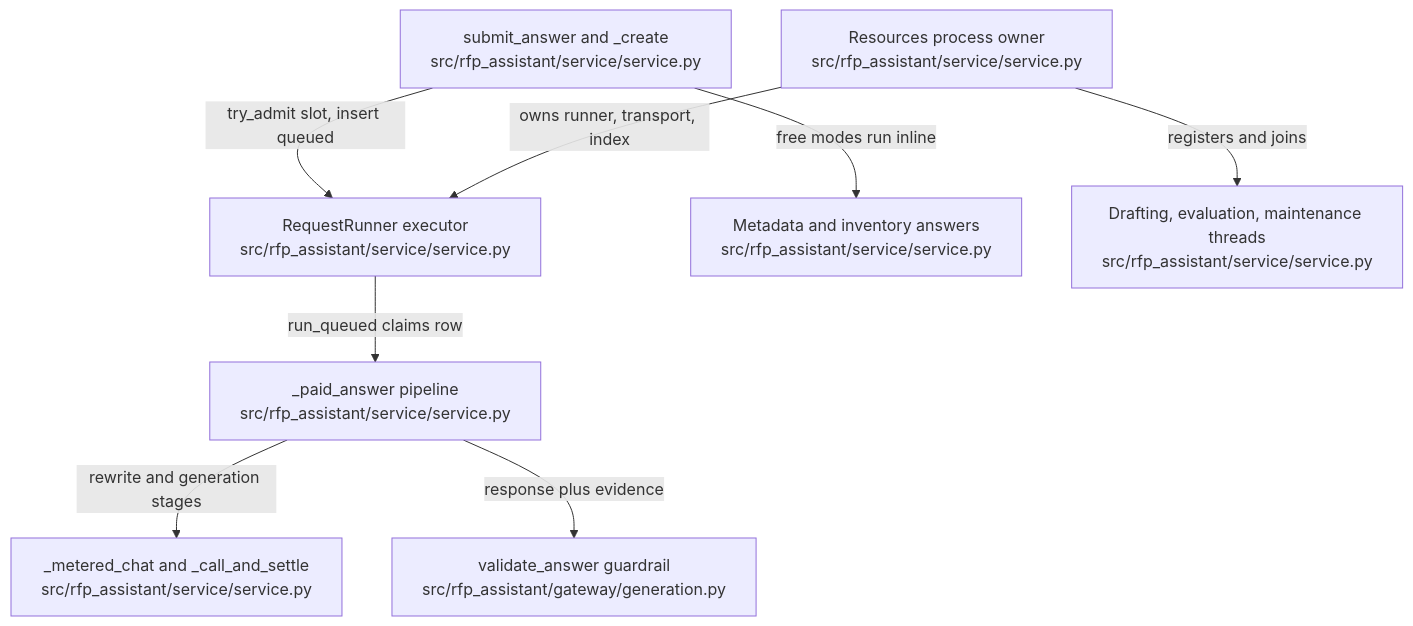
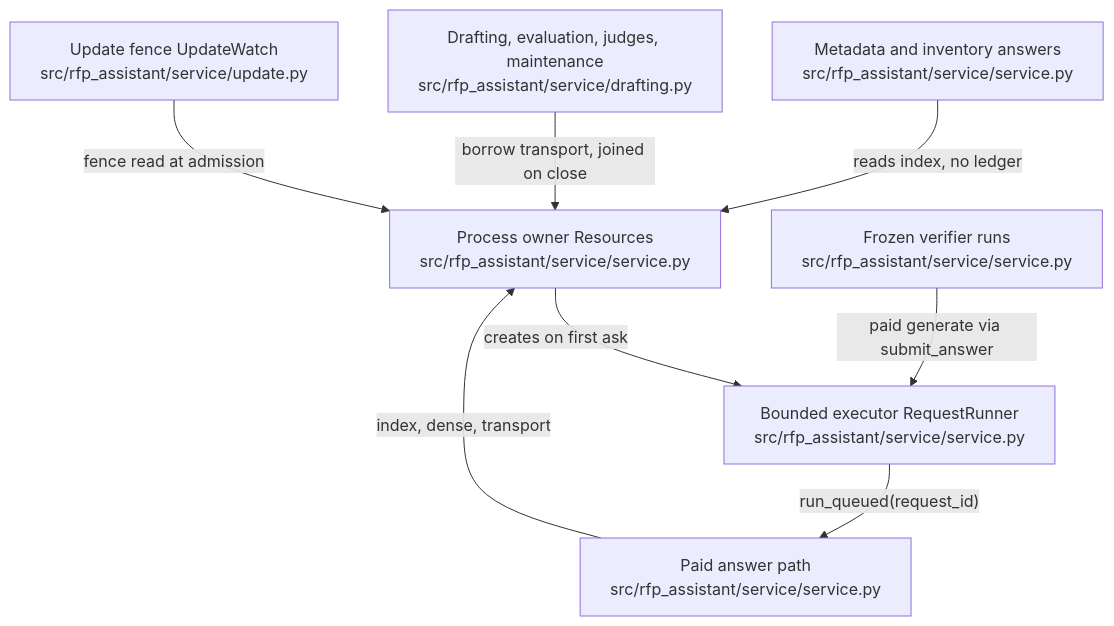
The diagram in .omm/overall-architecture/service-core/diagram.mmd (littleeeeebit/project-codeit-mid), drawn with Mermaid before and after one commit. The commit also changed 398 other files, not shown here.

```diff
--- a/.omm/overall-architecture/service-core/diagram.mmd
+++ b/.omm/overall-architecture/service-core/diagram.mmd
@@ -1,16 +1,8 @@
 graph TD
-  resources-owner["Resources process owner\nsrc/rfp_assistant/service/service.py"]
-  submit-answer["submit_answer and _create\nsrc/rfp_assistant/service/service.py"]
-  request-runner["RequestRunner executor\nsrc/rfp_assistant/service/service.py"]
-  paid-answer["_paid_answer pipeline\nsrc/rfp_assistant/service/service.py"]
-  metered-chat["_metered_chat and _call_and_settle\nsrc/rfp_assistant/service/service.py"]
-  answer-validation["validate_answer guardrail\nsrc/rfp_assistant/gateway/generation.py"]
-  free-modes["Metadata and inventory answers\nsrc/rfp_assistant/service/service.py"]
-  background-jobs["Drafting, evaluation, maintenance threads\nsrc/rfp_assistant/service/service.py"]
-  submit-answer -->|"try_admit slot, insert queued"| request-runner
-  submit-answer -->|"free modes run inline"| free-modes
-  request-runner -->|"run_queued claims row"| paid-answer
-  paid-answer -->|"rewrite and generation stages"| metered-chat
-  paid-answer -->|"response plus evidence"| answer-validation
-  resources-owner -->|"owns runner, transport, index"| request-runner
-  resources-owner -->|"registers and joins"| background-jobs
+  resources-owner["Process owner Resources\nsrc/rfp_assistant/service/service.py"] -->|"creates on first ask"| request-runner["Bounded executor RequestRunner\nsrc/rfp_assistant/service/service.py"]
+  request-runner -->|"run_queued(request_id)"| answer-path["Paid answer path\nsrc/rfp_assistant/service/service.py"]
+  answer-path -->|"index, dense, transport"| resources-owner
+  free-answers["Metadata and inventory answers\nsrc/rfp_assistant/service/service.py"] -->|"reads index, no ledger"| resources-owner
+  background-jobs["Drafting, evaluation, judges, maintenance\nsrc/rfp_assistant/service/drafting.py"] -->|"borrow transport, joined on close"| resources-owner
+  update-watch["Update fence UpdateWatch\nsrc/rfp_assistant/service/update.py"] -->|"fence read at admission"| resources-owner
+  verifier-traces["Frozen verifier runs\nsrc/rfp_assistant/service/service.py"] -->|"paid generate via submit_answer"| request-runner
```
